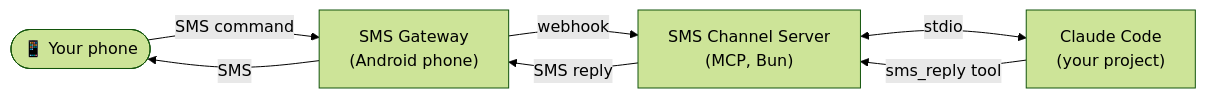
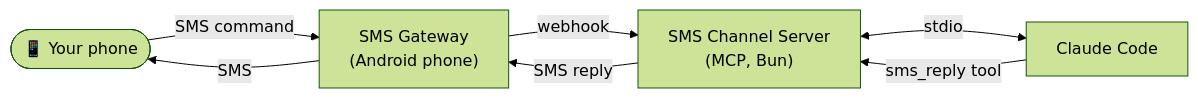
Before and after one commit to oguzcan-yavuz/sms-to-claude: the diagram in README.md, drawn with Mermaid (forest theme). The commit also changed other lines of this file and 2 other files, not shown here.

Commit message:
fix: loosen VERDICT_REGEX to 3-8 chars, clarify permission ID in README

````diff
--- a/README.md
+++ b/README.md
@@ -5,14 +5,16 @@
 ```mermaid
 flowchart LR
     phone(["📱 Your phone"])
-    gateway["SMS Gateway\n(Android phone)"]
-    server["SMS Channel Server\n(MCP, Bun)"]
-    claude["Claude Code\n(your project)"]
+    gateway["SMS Gateway
+    (Android phone)"]
+    server["SMS Channel Server
+    (MCP, Bun)"]
+    claude["Claude Code"]
 
     phone -->|"SMS command"| gateway
     gateway -->|"webhook"| server
     server <-->|"stdio"| claude
     claude -->|"sms_reply tool"| server
     server -->|"SMS reply"| gateway
     gateway -->|"SMS"| phone
 ```
````
